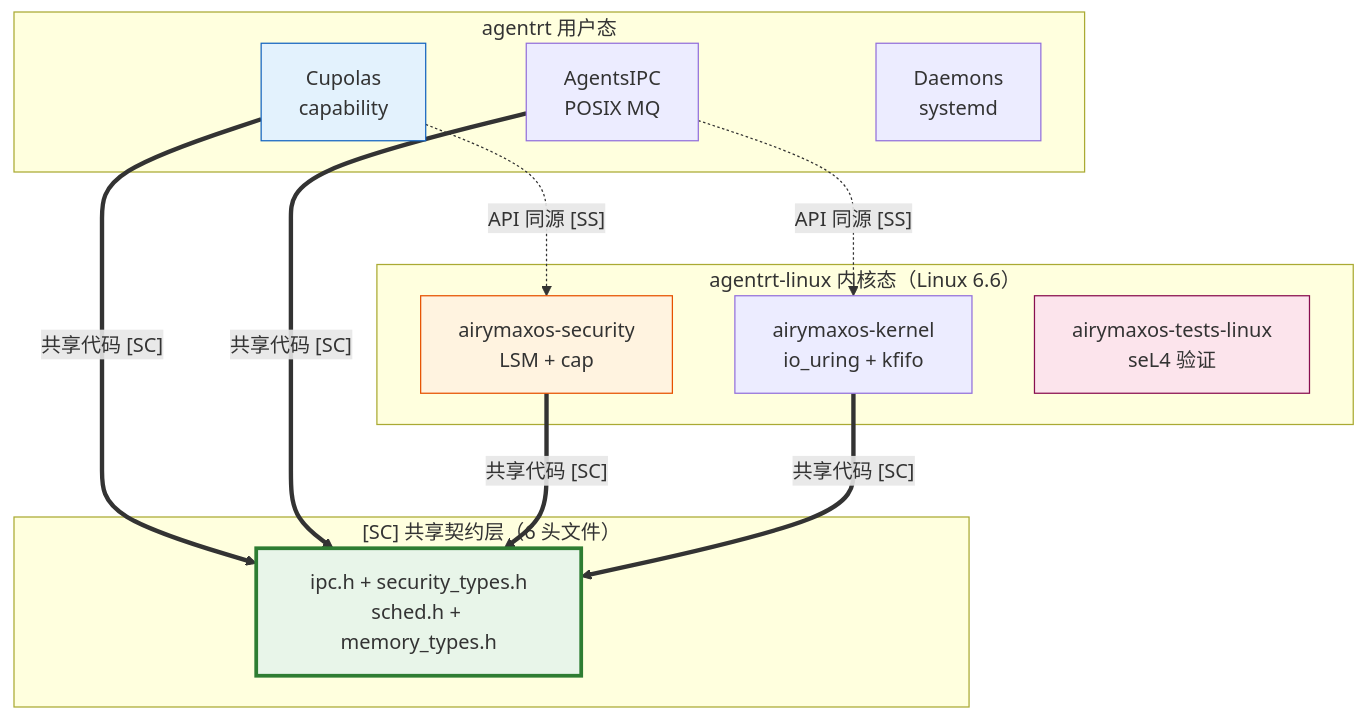
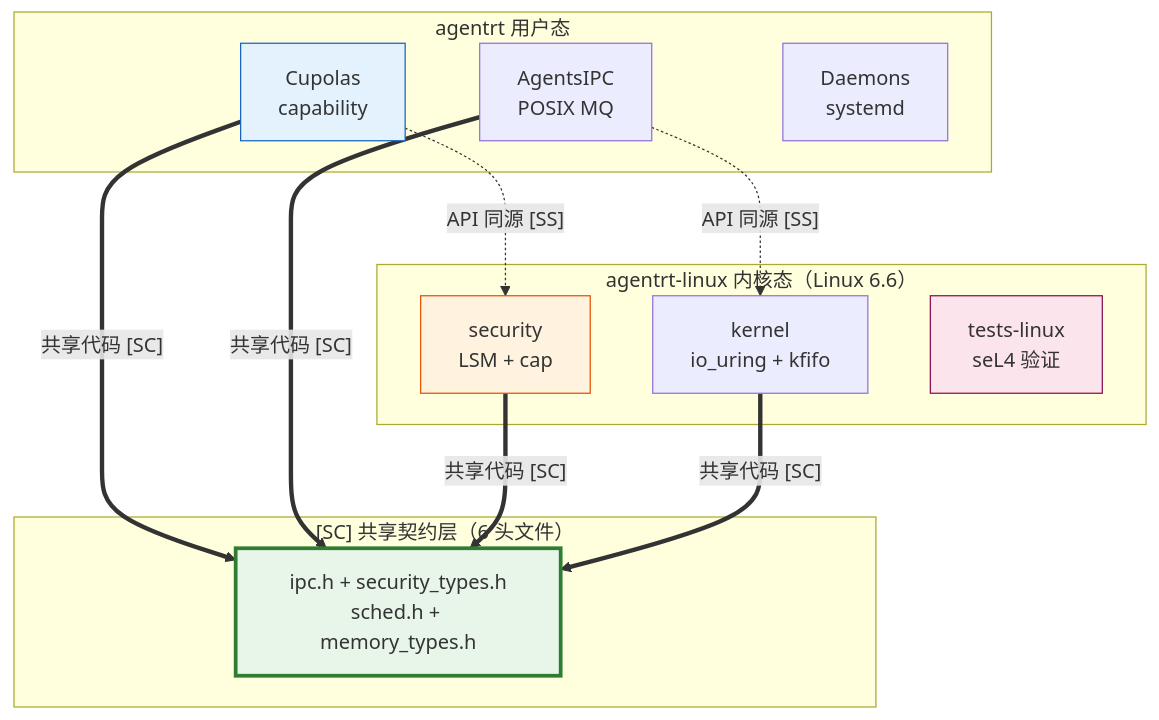
Before and after one commit to SpharxTeam/Docs: the diagram in AirymaxOS/10-architecture/03-microkernel-strategy.md, drawn with Mermaid. The commit also changed other lines of this file and 217 other files, not shown here.

````diff
--- a/AirymaxOS/10-architecture/03-microkernel-strategy.md
+++ b/AirymaxOS/10-architecture/03-microkernel-strategy.md
@@ -627,30 +627,30 @@
 ```mermaid
 graph TB
     subgraph "agentrt 用户态"
         RT_CAP[Cupolas<br/>capability]
         RT_IPC[AgentsIPC<br/>POSIX MQ]
         RT_DAEMON[Daemons<br/>systemd]
     end
 
     subgraph "agentrt-linux 内核态（Linux 6.6）"
-        OS_CAP[airymaxos-security<br/>LSM + cap]
-        OS_IPC[airymaxos-kernel<br/>io_uring + kfifo]
-        OS_FV[airymaxos-tests-linux<br/>seL4 验证]
+        OS_CAP[security<br/>LSM + cap]
+        OS_IPC[kernel<br/>io_uring + kfifo]
+        OS_FV[tests-linux<br/>seL4 验证]
     end
 
     subgraph "[SC] 共享契约层（6 头文件）"
         SC[ipc.h + security_types.h<br/>sched.h + memory_types.h]
     end
 
     RT_CAP -.->|"API 同源 [SS]"| OS_CAP
     RT_IPC -.->|"API 同源 [SS]"| OS_IPC
     RT_CAP ==>|"共享代码 [SC]"| SC
     RT_IPC ==>|"共享代码 [SC]"| SC
     OS_CAP ==>|"共享代码 [SC]"| SC
     OS_IPC ==>|"共享代码 [SC]"| SC
 
     style SC fill:#e8f5e9,stroke:#2e7d32,stroke-width:3px
     style RT_CAP fill:#e3f2fd,stroke:#1565c0
     style OS_CAP fill:#fff3e0,stroke:#e65100
     style OS_FV fill:#fce4ec,stroke:#880e4f
 ```
````
